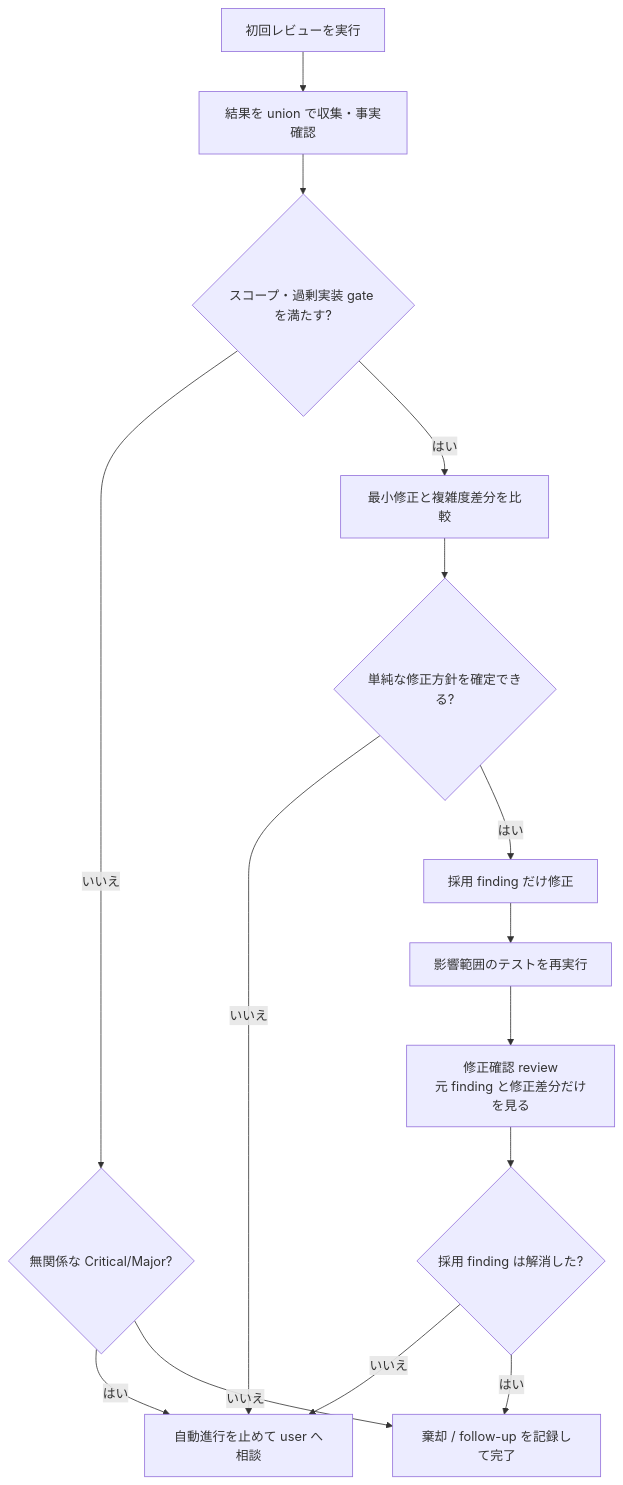
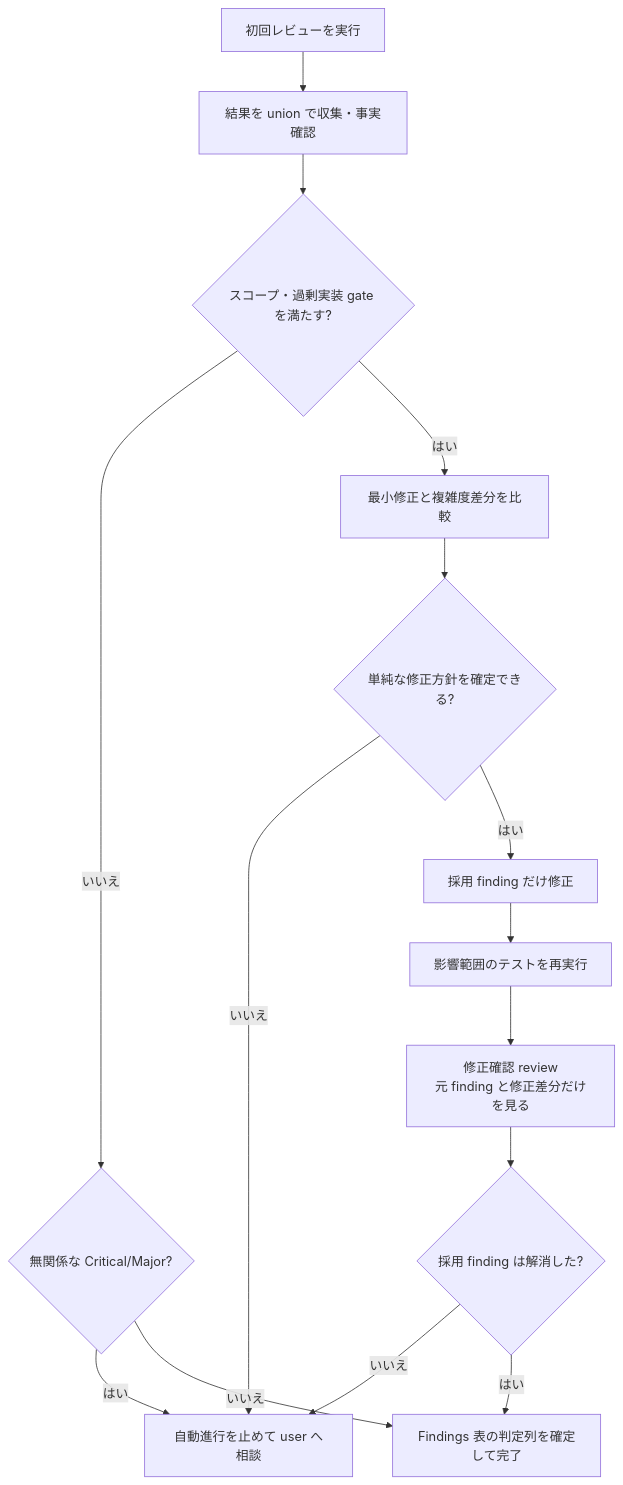
Before and after one commit to masuidrive/pdh: the diagram in skills/pdh-dev/_review.md, drawn with Mermaid. The commit also changed other lines of this file and 3 other files, not shown here.

````diff
--- a/skills/pdh-dev/_review.md
+++ b/skills/pdh-dev/_review.md
@@ -8,17 +8,17 @@
 ```mermaid
 flowchart TD
     RA["初回レビューを実行"] --> RB["結果を union で収集・事実確認"]
     RB --> RC{"スコープ・過剰実装 gate を満たす?"}
     RC -- "いいえ" --> RN{"無関係な Critical/Major?"}
     RN -- "はい" --> RM["自動進行を止めて user へ相談"]
-    RN -- "いいえ" --> RI["棄却 / follow-up を記録して完了"]
+    RN -- "いいえ" --> RI["Findings 表の判定列を確定して完了"]
     RC -- "はい" --> RK["最小修正と複雑度差分を比較"]
     RK --> RL{"単純な修正方針を確定できる?"}
     RL -- "いいえ" --> RM
     RL -- "はい" --> RD["採用 finding だけ修正"]
     RD --> RE["影響範囲のテストを再実行"]
     RE --> RF["修正確認 review<br/>元 finding と修正差分だけを見る"]
     RF --> RH{"採用 finding は解消した?"}
     RH -- "いいえ" --> RM
     RH -- "はい" --> RI
 ```
````
